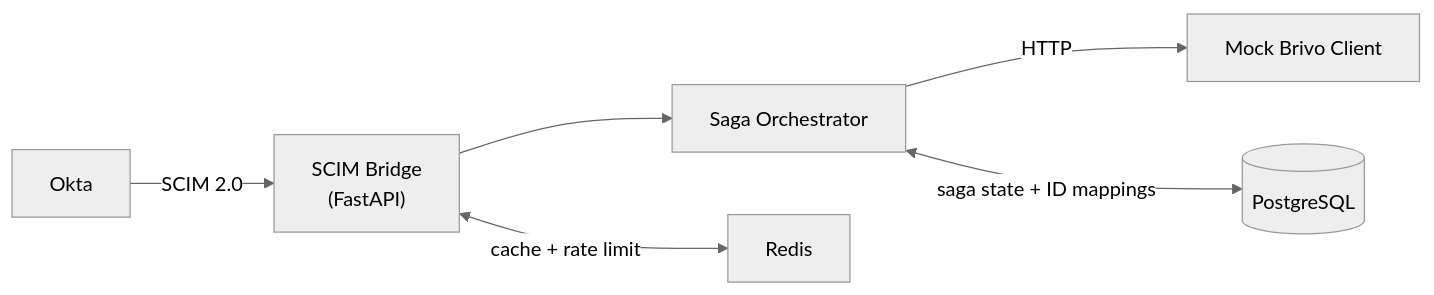
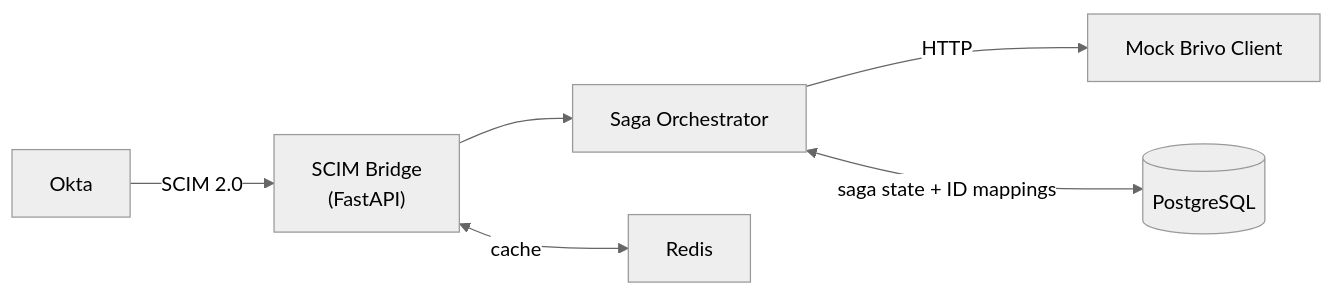
Before and after one commit to niconisoria/scim-bridge: the diagram in docs/architecture.md, drawn with Mermaid (neutral theme). The commit also changed other lines of this file and 1 other file, not shown here.

Commit message:
docs: fix leaky bucket algorithm and stale Redis role in architecture
rate-limiter.md: aiolimiter uses leaky bucket, not token bucket —
corrects burst-accumulation misconception in algorithm description.
architecture.md: remove "rate limit" from Redis flowchart label and
component table; Redis is cache-only since rate limiting was moved to
aiolimiter-only.

````diff
--- a/docs/architecture.md
+++ b/docs/architecture.md
@@ -8,8 +8,8 @@
 ```mermaid
 flowchart LR
     Okta -->|SCIM 2.0| Bridge["SCIM Bridge\n(FastAPI)"]
     Bridge --> Saga["Saga Orchestrator"]
     Saga -->|HTTP| Brivo["Mock Brivo Client"]
     Saga <-->|saga state + ID mappings| DB[(PostgreSQL)]
-    Bridge <-->|cache + rate limit| Redis
+    Bridge <-->|cache| Redis
 ```
````
